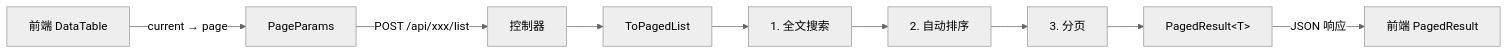
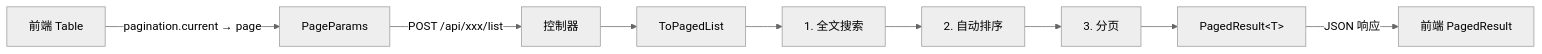
The diagram in docs/rules/00-分页规范.md (wjw1-Evan/aspire-admin), drawn with Mermaid (neutral theme) before and after one commit. The commit also changed other lines of this file and 55 other files, not shown here.

Commit message:
refactor: standardize pagination parameters and remove redundant table configuration across pages

````diff
--- a/docs/rules/00-分页规范.md
+++ b/docs/rules/00-分页规范.md
@@ -213,11 +213,11 @@
 ```mermaid
 flowchart LR
-    A["前端 DataTable"] -->|"current → page"| B["PageParams"]
+    A["前端 Table"] -->|"pagination.current → page"| B["PageParams"]
     B -->|"POST /api/xxx/list"| C["控制器"]
     C --> D["ToPagedList"]
     D --> E["1. 全文搜索"]
     E --> F["2. 自动排序"]
     F --> G["3. 分页"]
     G --> H["PagedResult&lt;T&gt;"]
     H -->|"JSON 响应"| I["前端 PagedResult"]
 ```
````
